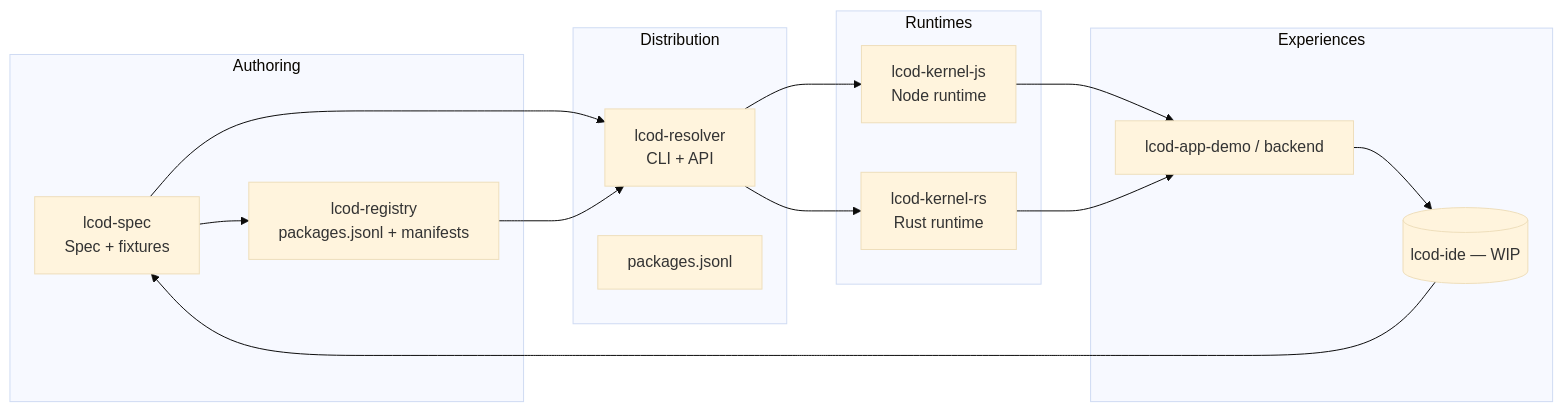
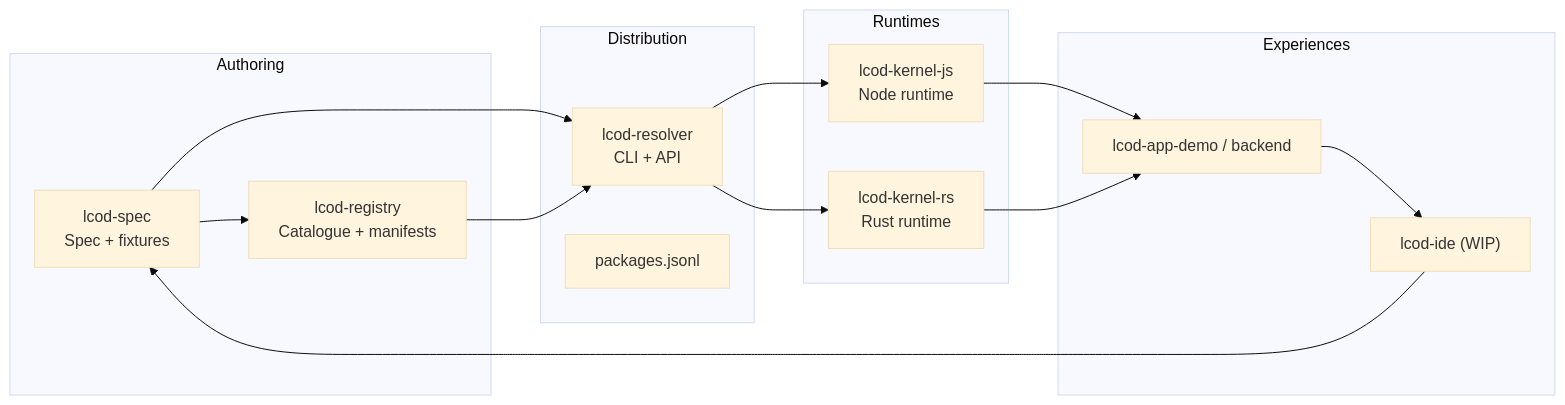
One commit to lcod-team/.github changed the diagram in profile/README.md. Above: the diagram before and after it, drawn with Mermaid (base theme). The commit also changed other lines of this file, not shown here.

````diff
--- a/profile/README.md
+++ b/profile/README.md
@@ -17,28 +17,28 @@
 ```mermaid
 flowchart LR
     subgraph Authoring
-        spec[lcod-spec\nSpec + fixtures]
-        registry[lcod-registry\npackages.jsonl + manifests]
+        spec["lcod-spec<br/>Spec + fixtures"]
+        registry["lcod-registry<br/>Catalogue + manifests"]
     end
     subgraph Distribution
-        resolver[lcod-resolver\nCLI + API]
-        catalogue[packages.jsonl]
+        resolver["lcod-resolver<br/>CLI + API"]
+        catalogue["packages.jsonl"]
     end
     subgraph Runtimes
-        kernelJS[lcod-kernel-js\nNode runtime]
-        kernelRS[lcod-kernel-rs\nRust runtime]
+        kernelJS["lcod-kernel-js<br/>Node runtime"]
+        kernelRS["lcod-kernel-rs<br/>Rust runtime"]
     end
     subgraph Experiences
-        demos[lcod-app-demo / backend]
-        ide[(lcod-ide — WIP)]
+        demos["lcod-app-demo / backend"]
+        ide["lcod-ide (WIP)"]
     end
     spec --> registry
     spec --> resolver
     registry --> resolver
     resolver --> kernelJS
     resolver --> kernelRS
     kernelJS --> demos
     kernelRS --> demos
     demos --> ide
     ide --> spec
 ```
````
